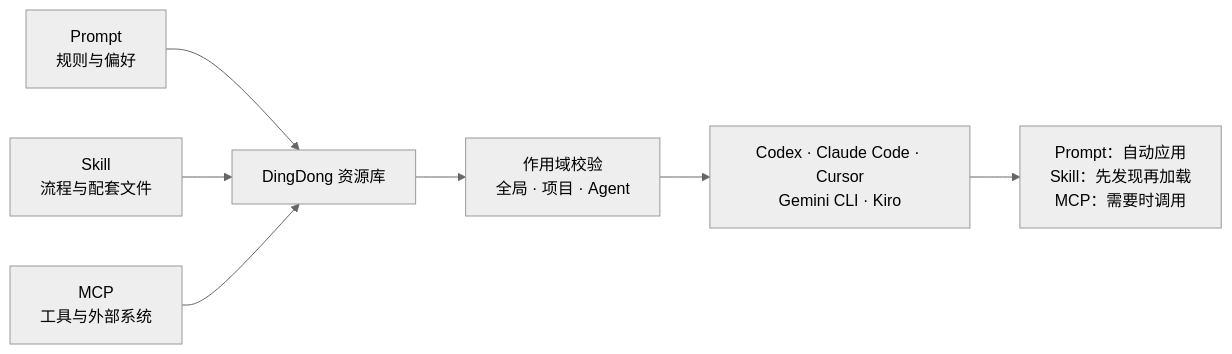
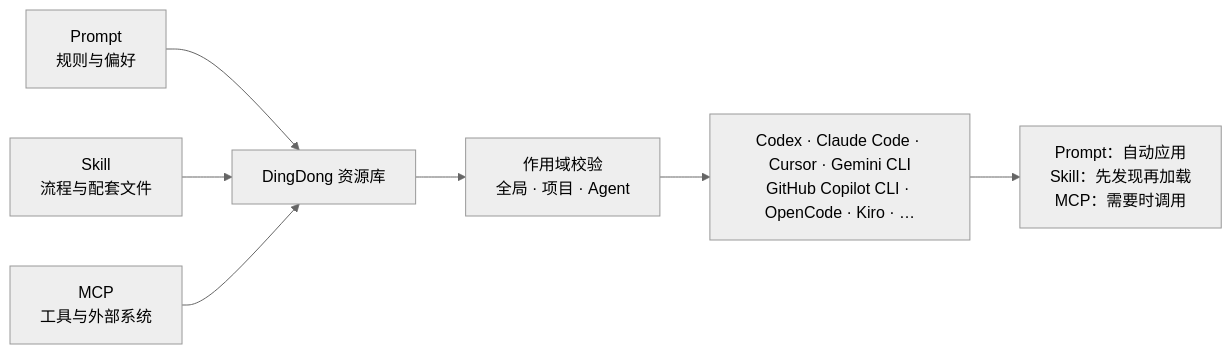
The diagram in README.zh.md (JevonsCode/DingDongBuddy), drawn with Mermaid (neutral theme) before and after one commit. The commit also changed other lines of this file and 4 other files, not shown here.

````diff
--- a/README.zh.md
+++ b/README.zh.md
@@ -147,9 +143,9 @@
 ```mermaid
 flowchart LR
   P["Prompt<br/>规则与偏好"] --> D["DingDong 资源库"]
   S["Skill<br/>流程与配套文件"] --> D
   M["MCP<br/>工具与外部系统"] --> D
   D --> B["作用域校验<br/>全局 · 项目 · Agent"]
-  B --> A["Codex · Claude Code · Cursor<br/>Gemini CLI · Kiro"]
+  B --> A["Codex · Claude Code · Cursor · Gemini CLI<br/>GitHub Copilot CLI · OpenCode · Kiro · …"]
   A --> R["Prompt：自动应用<br/>Skill：先发现再加载<br/>MCP：需要时调用"]
 ```
````
